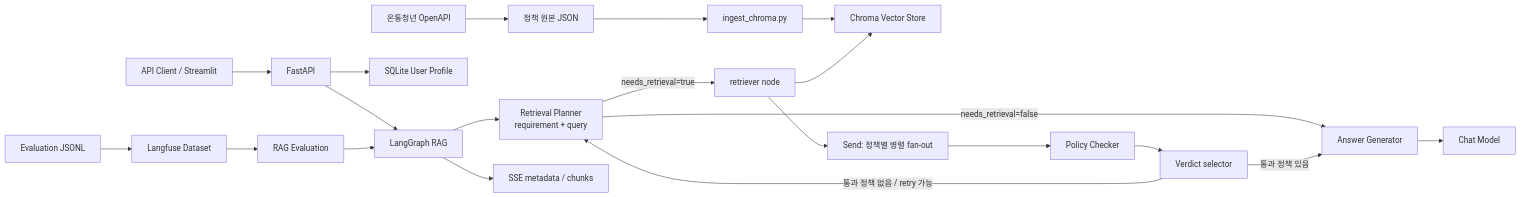
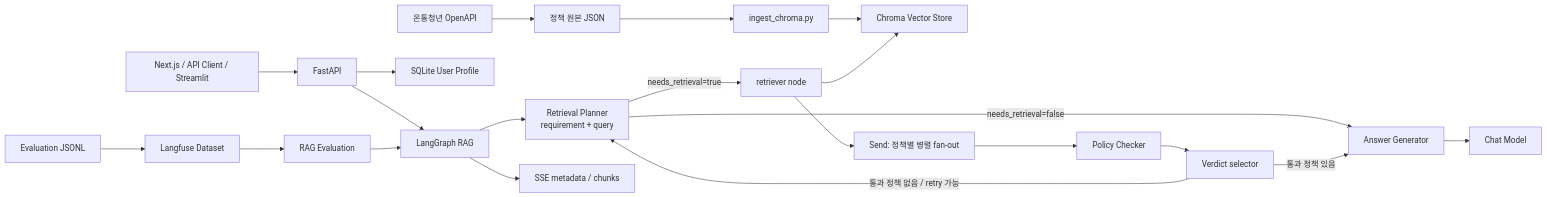
The diagram in README.md (SungjinWi99/Youth-Policy-RAG), drawn with Mermaid before and after one commit. The commit also changed other lines of this file and 72 other files, not shown here.

````diff
--- a/README.md
+++ b/README.md
@@ -27,25 +30,25 @@
 ```mermaid
 flowchart LR
     API["온통청년 OpenAPI"] --> RAW["정책 원본 JSON"]
     RAW --> INGEST["ingest_chroma.py"]
     INGEST --> CHROMA["Chroma Vector Store"]
 
-    CLIENT["API Client / Streamlit"] --> FASTAPI["FastAPI"]
+    CLIENT["Next.js / API Client / Streamlit"] --> FASTAPI["FastAPI"]
     FASTAPI --> USERDB["SQLite User Profile"]
     FASTAPI --> GRAPH["LangGraph RAG"]
     GRAPH --> PLANNER["Retrieval Planner<br/>requirement + query"]
     PLANNER -->|"needs_retrieval=true"| RETRIEVE["retriever node"]
     PLANNER -->|"needs_retrieval=false"| GENERATOR["Answer Generator"]
     RETRIEVE --> CHROMA
     RETRIEVE --> SEND["Send: 정책별 병렬 fan-out"]
     SEND --> CHECKER["Policy Checker"]
     CHECKER --> SELECTOR["Verdict selector"]
     SELECTOR -->|"통과 정책 있음"| GENERATOR
     SELECTOR -->|"통과 정책 없음 / retry 가능"| PLANNER
     GENERATOR --> LLM["Chat Model"]
     GRAPH --> SSE["SSE metadata / chunks"]
 
     EVALDATA["Evaluation JSONL"] --> LANGFUSE["Langfuse Dataset"]
     LANGFUSE --> EVALRUN["RAG Evaluation"]
     EVALRUN --> GRAPH
 ```
````
